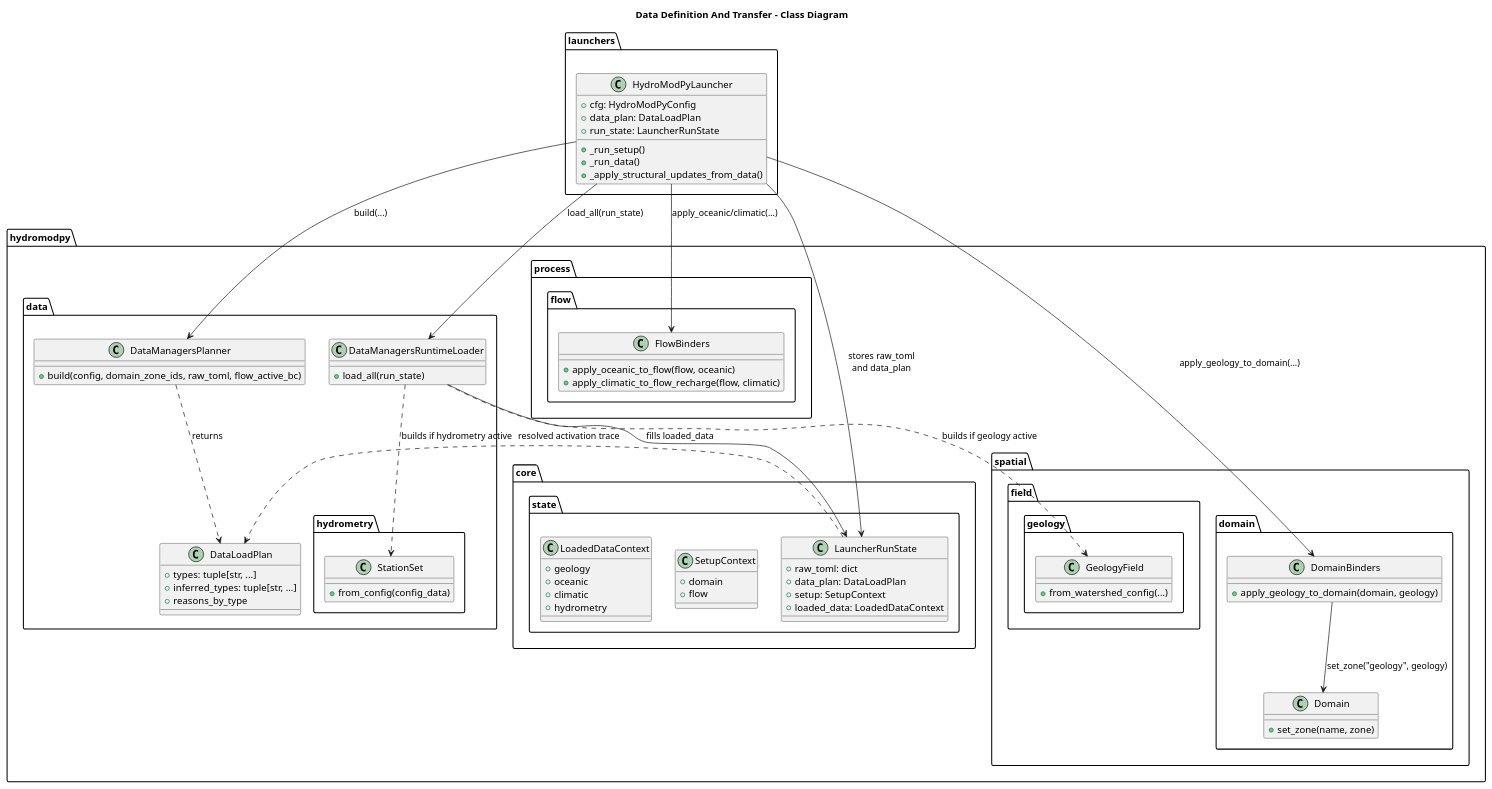
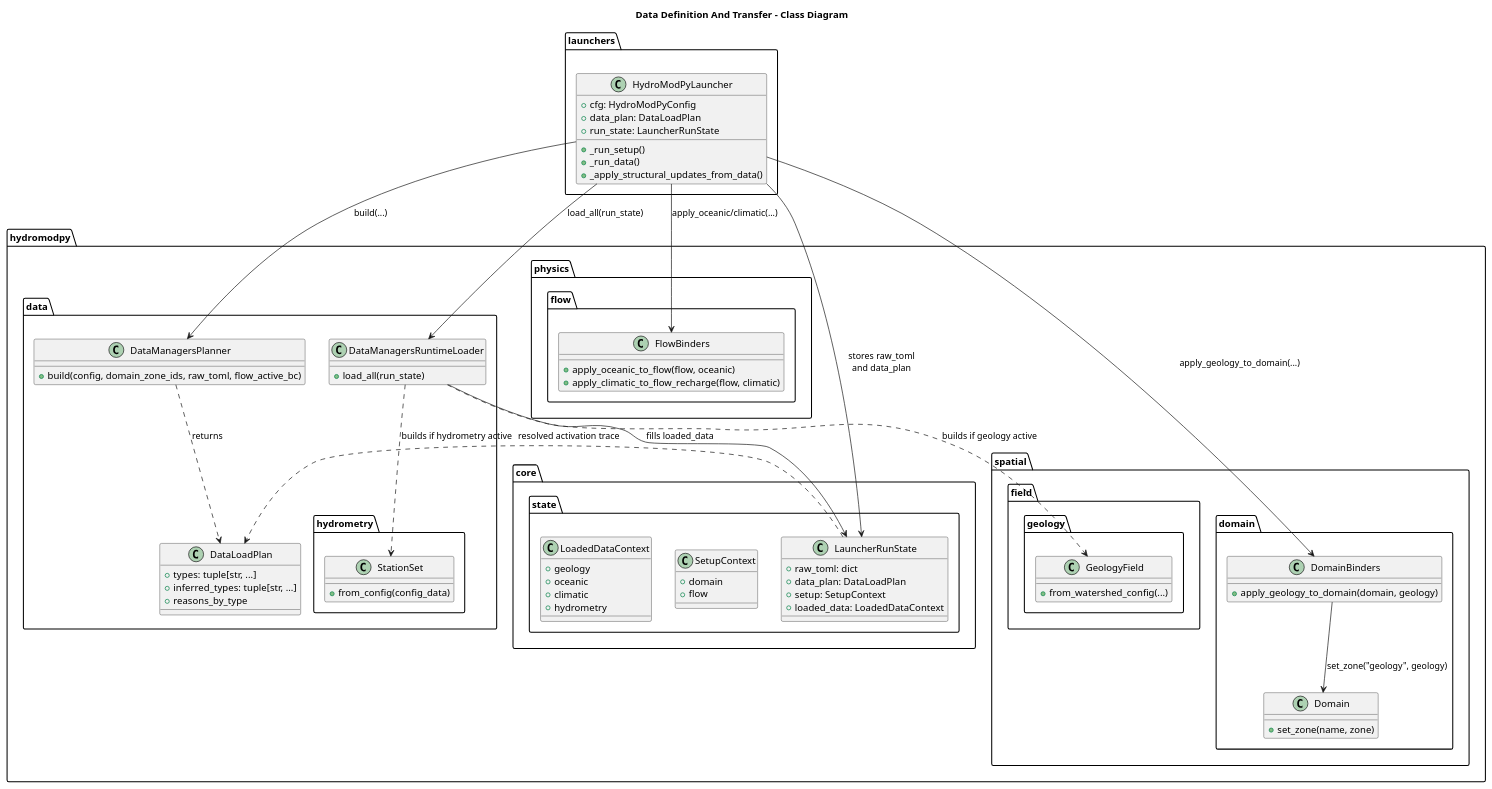
Before and after one commit to HydroModPy/HydroModPy: the diagram in docs/readthedocs/source/architecture/data_loading/diagrams/data_definition_transfer_class.wsd, drawn with PlantUML. The commit also changed 69 other files, not shown here.

```diff
--- a/docs/readthedocs/source/architecture/data_loading/diagrams/data_definition_transfer_class.wsd
+++ b/docs/readthedocs/source/architecture/data_loading/diagrams/data_definition_transfer_class.wsd
@@ -1,95 +1,95 @@
 @startuml
 title Data Definition And Transfer - Class Diagram
 
 package "launchers" {
   class HydroModPyLauncher {
     +cfg: HydroModPyConfig
     +data_plan: DataLoadPlan
     +run_state: LauncherRunState
     +_run_setup()
     +_run_data()
     +_apply_structural_updates_from_data()
   }
 }
 
 package "hydromodpy.core.state" {
   class LauncherRunState {
     +raw_toml: dict
     +data_plan: DataLoadPlan
     +setup: SetupContext
     +loaded_data: LoadedDataContext
   }
 
   class SetupContext {
     +domain
     +flow
   }
 
   class LoadedDataContext {
     +geology
     +oceanic
     +climatic
     +hydrometry
   }
 }
 
 package "hydromodpy.data" {
   class DataManagersPlanner {
     +build(config, domain_zone_ids, raw_toml, flow_active_bc)
   }
 
   class DataLoadPlan {
     +types: tuple[str, ...]
     +inferred_types: tuple[str, ...]
     +reasons_by_type
   }
 
   class DataManagersRuntimeLoader {
     +load_all(run_state)
   }
 }
 
 package "hydromodpy.spatial.field.geology" {
   class GeologyField {
     +from_watershed_config(...)
   }
 }
 
 package "hydromodpy.data.hydrometry" {
   class StationSet {
     +from_config(config_data)
   }
 }
 
 package "hydromodpy.spatial.domain" {
   class Domain {
     +set_zone(name, zone)
   }
 
   class DomainBinders {
     +apply_geology_to_domain(domain, geology)
   }
 }
 
-package "hydromodpy.process.flow" {
+package "hydromodpy.physics.flow" {
   class FlowBinders {
     +apply_oceanic_to_flow(flow, oceanic)
     +apply_climatic_to_flow_recharge(flow, climatic)
   }
 }
 
 HydroModPyLauncher --> DataManagersPlanner : build(...)
 DataManagersPlanner ..> DataLoadPlan : returns
 HydroModPyLauncher --> LauncherRunState : stores raw_toml\nand data_plan
 HydroModPyLauncher --> DataManagersRuntimeLoader : load_all(run_state)
 DataManagersRuntimeLoader --> LauncherRunState : fills loaded_data
 
 DataManagersRuntimeLoader ..> GeologyField : builds if geology active
 DataManagersRuntimeLoader ..> StationSet : builds if hydrometry active
 
 HydroModPyLauncher --> DomainBinders : apply_geology_to_domain(...)
 DomainBinders --> Domain : set_zone("geology", geology)
 HydroModPyLauncher --> FlowBinders : apply_oceanic/climatic(...)
 
 LauncherRunState ..> DataLoadPlan : resolved activation trace
 @enduml
```
